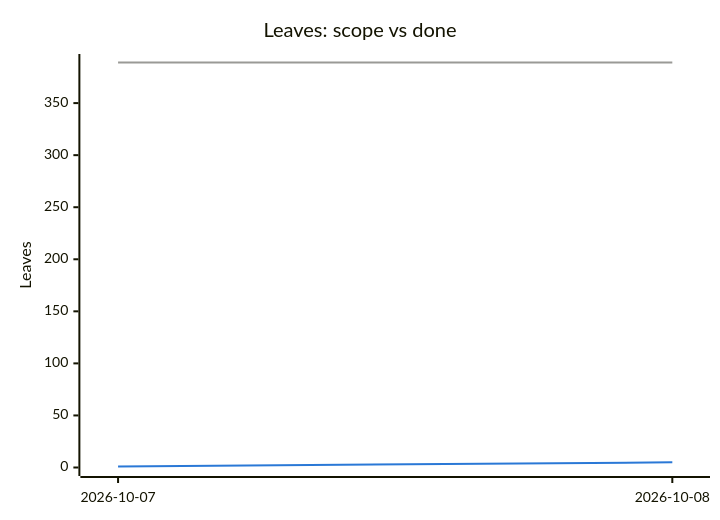
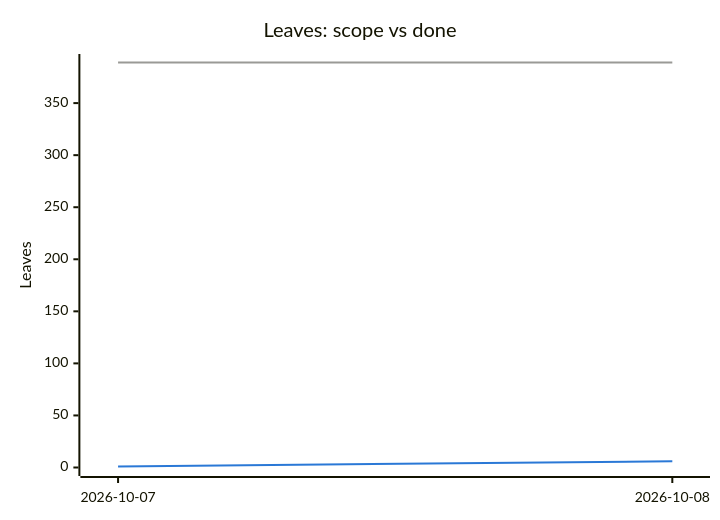
The second of 2 diagrams in PROGRESS.md (tomiok/persiaDB), drawn with Mermaid before and after one commit. The commit also changed other lines of this file and 4 other files, not shown here.

````diff
--- a/PROGRESS.md
+++ b/PROGRESS.md
@@ -107,14 +106,14 @@
 ```mermaid
 ---
 config:
   themeVariables:
     xyChart:
       plotColorPalette: "#9a9a96, #2a78d6"
 ---
 xychart-beta
   title "Leaves: scope vs done"
   x-axis ["2026-10-07", "2026-10-08"]
   y-axis "Leaves" 0 --> 389
   line [389, 389]
-  line [1, 5]
+  line [1, 6]
 ```
````
